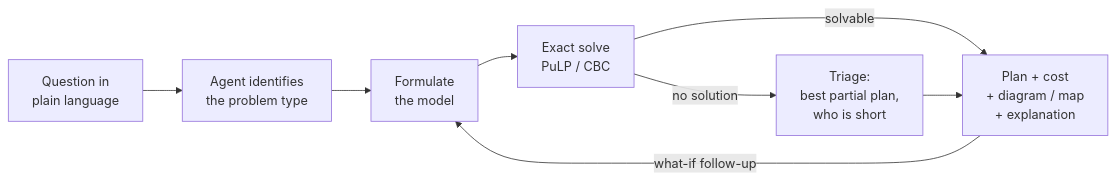
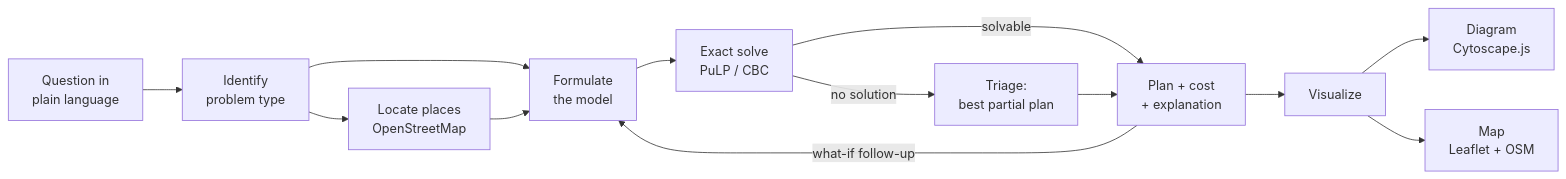
Before and after one commit to ibipul/agentic_logistic_handler: the diagram in README.md, drawn with Mermaid. The commit also changed other lines of this file and 2 other files, not shown here.

Commit message:
README: add visualization to the flow diagram, condense problem types; UI: no diagram in the formulation section

````diff
--- a/README.md
+++ b/README.md
@@ -20,10 +20,15 @@
 ```mermaid
 flowchart LR
-    Q[Question in<br/>plain language] --> I[Agent identifies<br/>the problem type]
+    Q[Question in<br/>plain language] --> I[Identify<br/>problem type]
+    I --> P[Locate places<br/>OpenStreetMap]
     I --> F[Formulate<br/>the model]
+    P --> F
     F --> S[Exact solve<br/>PuLP / CBC]
-    S -->|solvable| R[Plan + cost<br/>+ diagram / map<br/>+ explanation]
-    S -->|no solution| T[Triage:<br/>best partial plan,<br/>who is short]
+    S -->|solvable| R[Plan + cost<br/>+ explanation]
+    S -->|no solution| T[Triage:<br/>best partial plan]
     T --> R
+    R --> V[Visualize]
+    V --> D[Diagram<br/>Cytoscape.js]
+    V --> M[Map<br/>Leaflet + OSM]
     R -->|what-if follow-up| F
 ```
````
